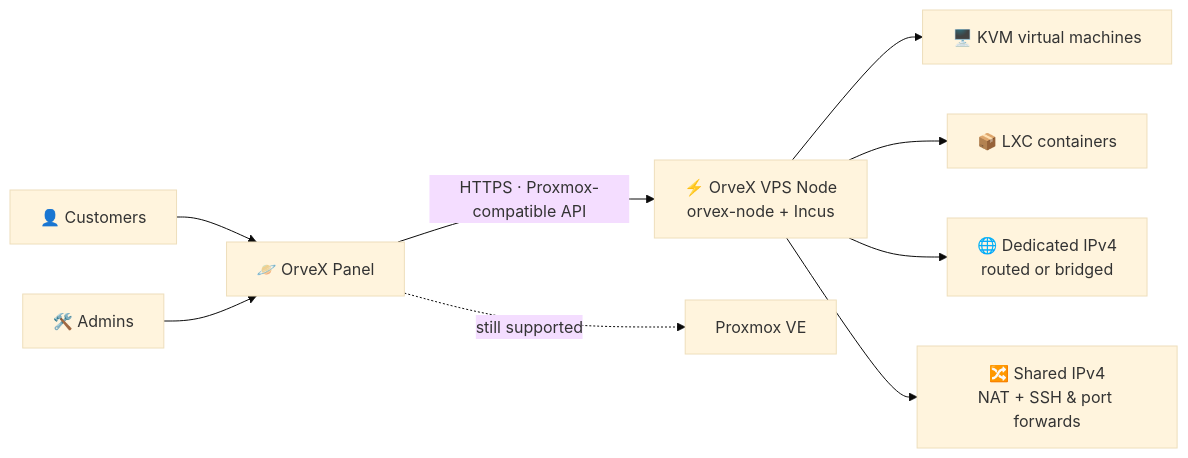
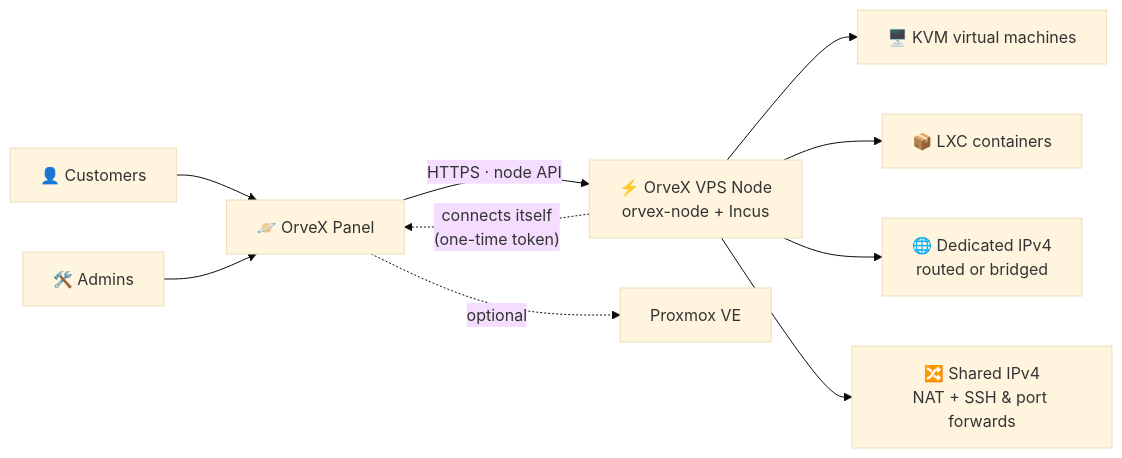
Before and after one commit to tanmay712/FeatherPanel: the diagram in .github/README.md, drawn with Mermaid (base theme). The commit also changed other lines of this file and 32 other files, not shown here.

First line of the commit message:
feat: OrveX nodes as the panel's own node type (one command, self-registration)

````diff
--- a/.github/README.md
+++ b/.github/README.md
@@ -59,11 +60,12 @@
 ```mermaid
 flowchart LR
     C["👤 Customers"] --> P["🪐 OrveX Panel"]
     A["🛠️ Admins"] --> P
-    P -- "HTTPS · Proxmox-compatible API" --> N["⚡ OrveX VPS Node<br/>orvex-node + Incus"]
-    P -. "still supported" .-> X["Proxmox VE"]
+    N -. "connects itself<br/>(one-time token)" .-> P
+    P -- "HTTPS · node API" --> N["⚡ OrveX VPS Node<br/>orvex-node + Incus"]
+    P -. "optional" .-> X["Proxmox VE"]
     N --> K["🖥️ KVM virtual machines"]
     N --> L["📦 LXC containers"]
     N --> D["🌐 Dedicated IPv4<br/>routed or bridged"]
     N --> S["🔀 Shared IPv4<br/>NAT + SSH & port forwards"]
 ```
````
